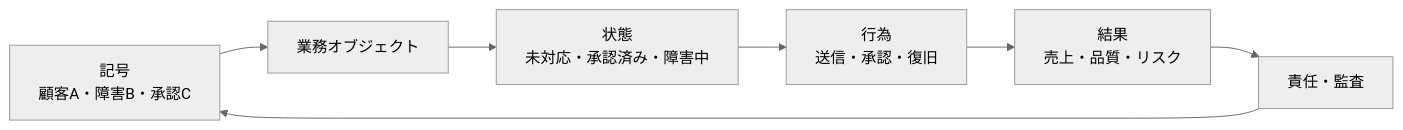
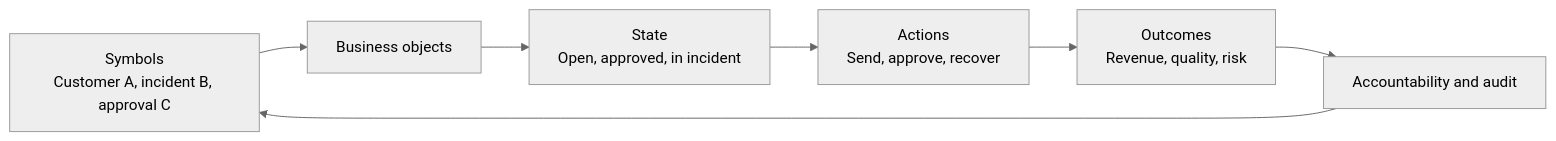
Before and after one commit to daylight55/research: the sixth of 13 diagrams in content/blog/en/ai-llm-ontology-memory.mdx, drawn with Mermaid (neutral theme). The commit also changed other lines of this file and 26 other files, not shown here.

Commit message:
Translate English Mermaid labels

````diff
--- a/content/blog/en/ai-llm-ontology-memory.mdx
+++ b/content/blog/en/ai-llm-ontology-memory.mdx
@@ -182,9 +182,9 @@
 ```mermaid
 flowchart LR
-  S["記号<br/>顧客A・障害B・承認C"] --> O["業務オブジェクト"]
-  O --> St["状態<br/>未対応・承認済み・障害中"]
-  St --> Ac["行為<br/>送信・承認・復旧"]
-  Ac --> Re["結果<br/>売上・品質・リスク"]
-  Re --> Au["責任・監査"]
+  S["Symbols<br/>Customer A, incident B, approval C"] --> O["Business objects"]
+  O --> St["State<br/>Open, approved, in incident"]
+  St --> Ac["Actions<br/>Send, approve, recover"]
+  Ac --> Re["Outcomes<br/>Revenue, quality, risk"]
+  Re --> Au["Accountability and audit"]
   Au --> S
 ```
````
